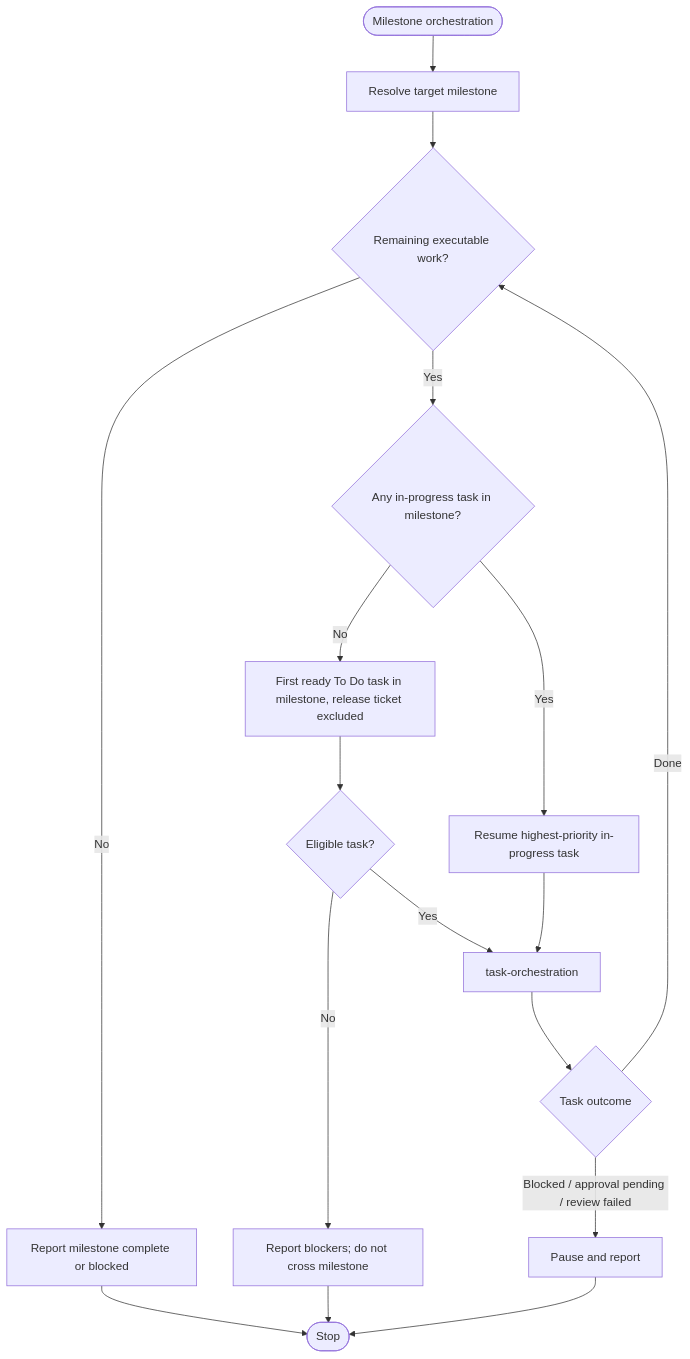
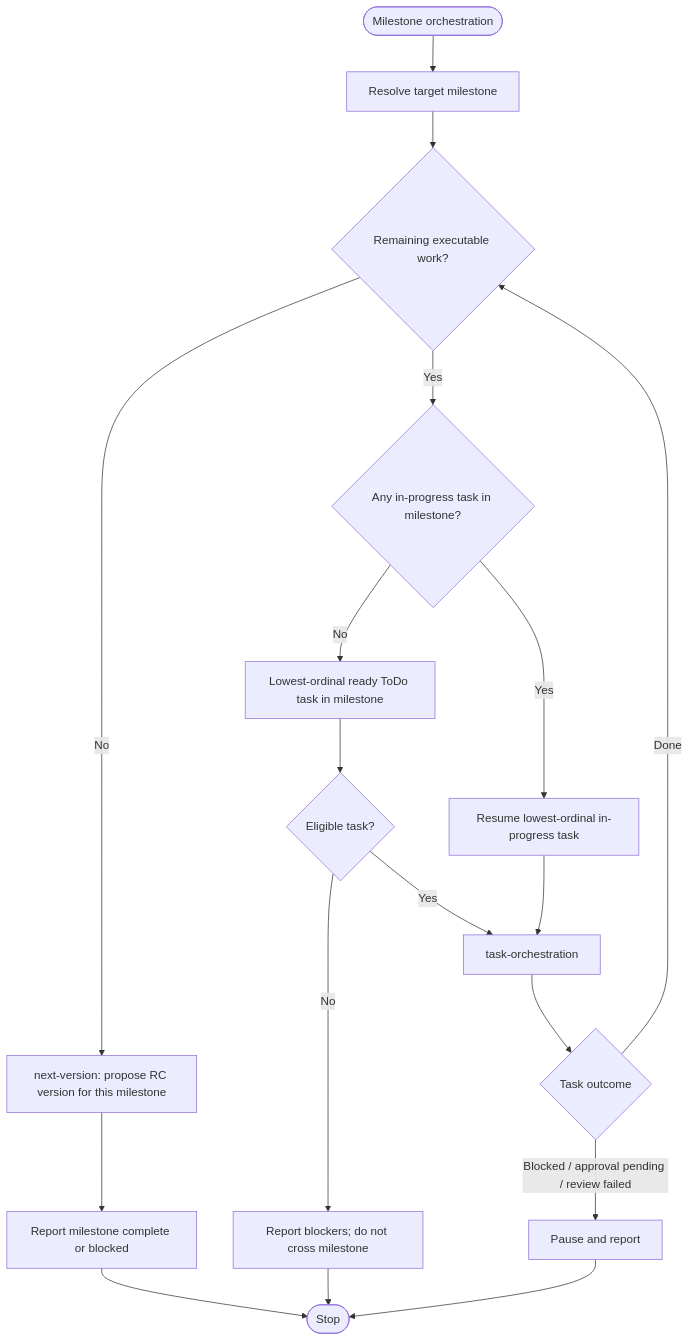
One commit to lyndametref/opencode-dev-workflow changed the fourth of 5 diagrams in workflows/orchestrator/README.md. Above: the diagram before and after it, drawn with Mermaid. The commit also changed other lines of this file and 65 other files, not shown here.

````diff
--- a/workflows/orchestrator/README.md
+++ b/workflows/orchestrator/README.md
@@ -162,19 +168,20 @@
 ```mermaid
 flowchart TD
     MS([Milestone orchestration]) --> RESOLVE["Resolve target milestone"]
     RESOLVE --> LOOP{"Remaining executable work?"}
-    LOOP -->|"No"| COMPLETE["Report milestone complete or blocked"]
+    LOOP -->|"No"| VERSION["next-version: propose RC version for this milestone"]
+    VERSION --> COMPLETE["Report milestone complete or blocked"]
     LOOP -->|"Yes"| ACTIVE{"Any in-progress task in milestone?"}
-    ACTIVE -->|"Yes"| RESUME["Resume highest-priority in-progress task"]
-    ACTIVE -->|"No"| READY["First ready To Do task in milestone, release ticket excluded"]
+    ACTIVE -->|"Yes"| RESUME["Resume lowest-ordinal in-progress task"]
+    ACTIVE -->|"No"| READY["Lowest-ordinal ready ToDo task in milestone"]
     READY --> ELIGIBLE{"Eligible task?"}
     ELIGIBLE -->|"No"| BLOCKED["Report blockers; do not cross milestone"]
     ELIGIBLE -->|"Yes"| TASKORCH["task-orchestration"]
     RESUME --> TASKORCH
     TASKORCH --> OUTCOME{"Task outcome"}
     OUTCOME -->|"Done"| LOOP
     OUTCOME -->|"Blocked / approval pending / review failed"| PAUSE["Pause and report"]
     COMPLETE --> END([Stop])
     BLOCKED --> END
     PAUSE --> END
 ```
````
